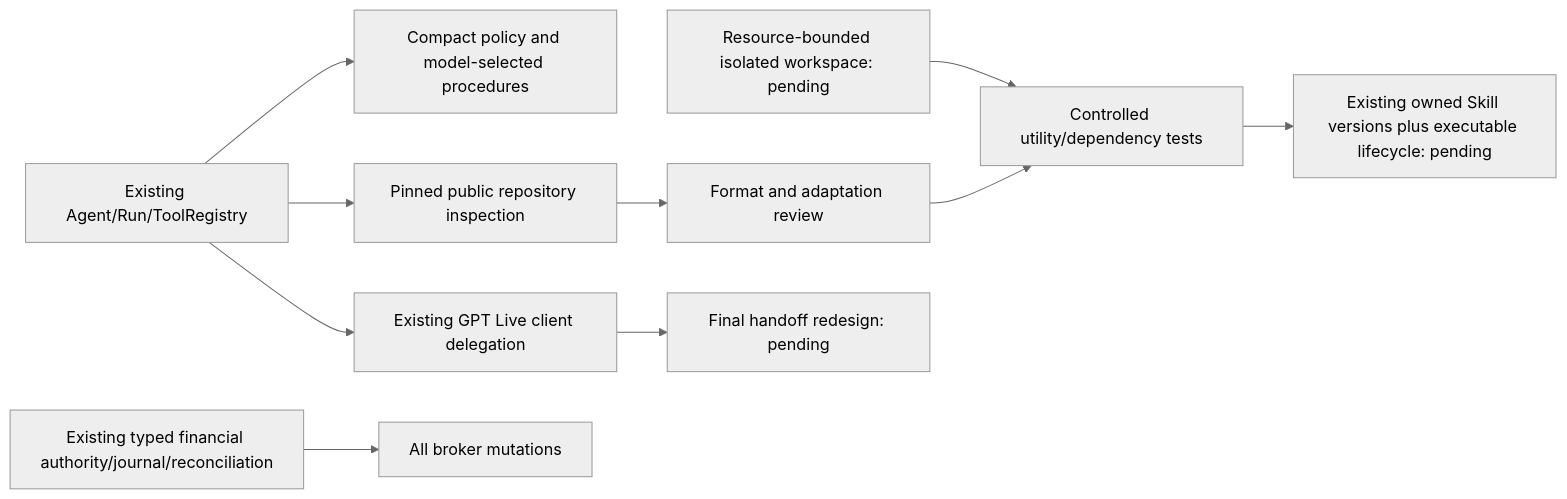
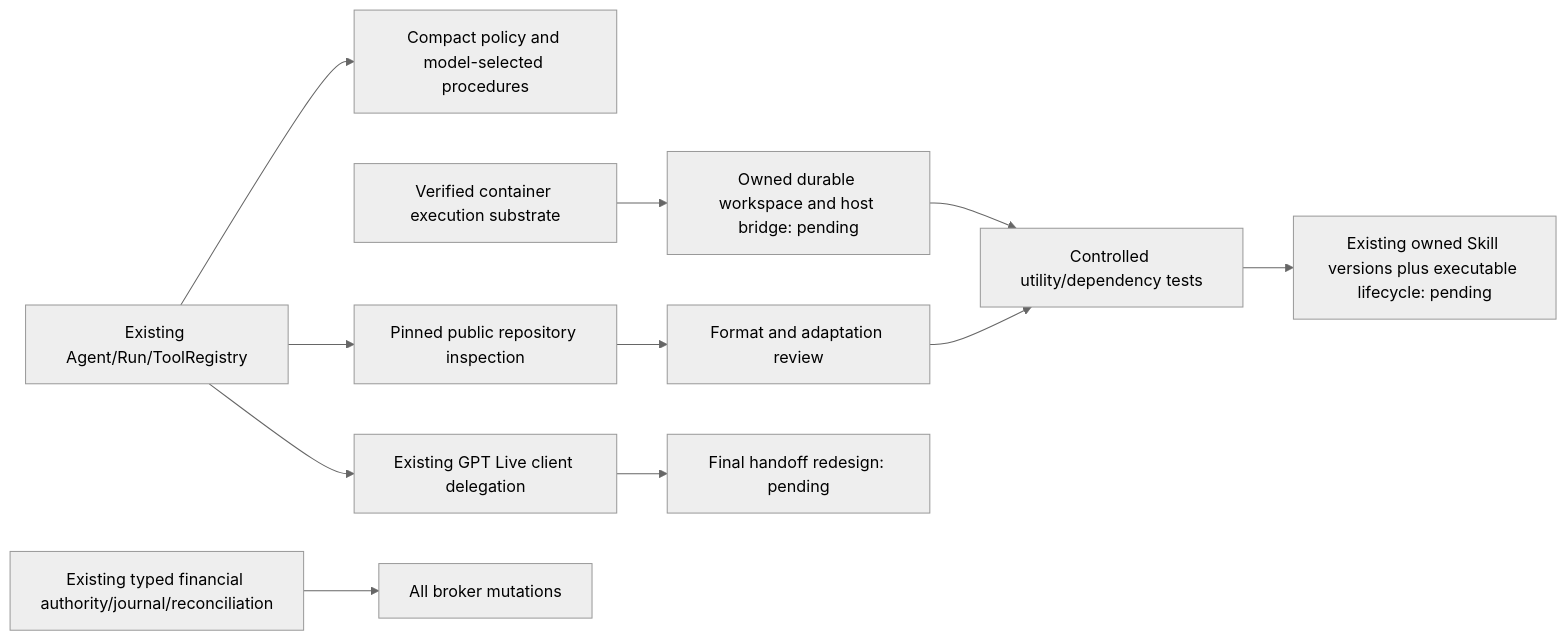
Before and after one commit to loorksy/lonorabot: the first of 3 diagrams in docs/lonora-specs/DEPENDENCY_GRAPH.md, drawn with Mermaid (neutral theme). The commit also changed 8 other files, not shown here.

Commit message:
feat(agent): add resource-bounded analytical container substrate

````diff
--- a/docs/lonora-specs/DEPENDENCY_GRAPH.md
+++ b/docs/lonora-specs/DEPENDENCY_GRAPH.md
@@ -5,12 +5,13 @@
 ```mermaid
 flowchart LR
   Runtime[Existing Agent/Run/ToolRegistry] --> Compact[Compact policy and model-selected procedures]
   Runtime --> Inspect[Pinned public repository inspection]
   Inspect --> Review[Format and adaptation review]
-  Sandbox[Resource-bounded isolated workspace: pending] --> Test[Controlled utility/dependency tests]
+  Sandbox[Verified container execution substrate] --> Bridge[Owned durable workspace and host bridge: pending]
+  Bridge --> Test[Controlled utility/dependency tests]
   Review --> Test
   Test --> Lifecycle[Existing owned Skill versions plus executable lifecycle: pending]
   Runtime --> Voice[Existing GPT Live client delegation]
   Voice --> Handoff[Final handoff redesign: pending]
   Authority[Existing typed financial authority/journal/reconciliation] --> Trading[All broker mutations]
 ```
````
